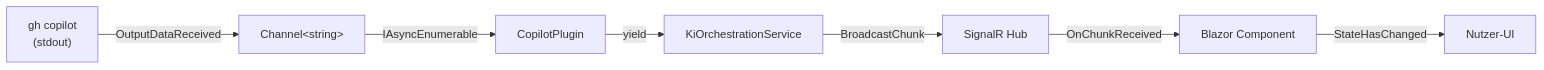
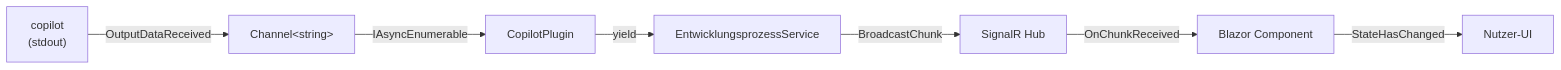
The sixth of 11 diagrams in docs/improvements/architecture-review.md (martin-stromberg/Softwareschmiede), drawn with Mermaid before and after one commit. The commit also changed other lines of this file and 67 other files, not shown here.

````diff
--- a/docs/improvements/architecture-review.md
+++ b/docs/improvements/architecture-review.md
@@ -291,9 +291,9 @@
 ```mermaid
 graph LR
-    CLI["gh copilot\n(stdout)"] -->|OutputDataReceived| Channel["Channel&lt;string&gt;"]
+    CLI["copilot\n(stdout)"] -->|OutputDataReceived| Channel["Channel&lt;string&gt;"]
     Channel -->|IAsyncEnumerable| Plugin["CopilotPlugin"]
-    Plugin -->|yield| Service["KiOrchestrationService"]
+    Plugin -->|yield| Service["EntwicklungsprozessService"]
     Service -->|BroadcastChunk| Hub["SignalR Hub"]
     Hub -->|OnChunkReceived| Blazor["Blazor Component"]
     Blazor -->|StateHasChanged| Nutzer["Nutzer-UI"]
 ```
````
